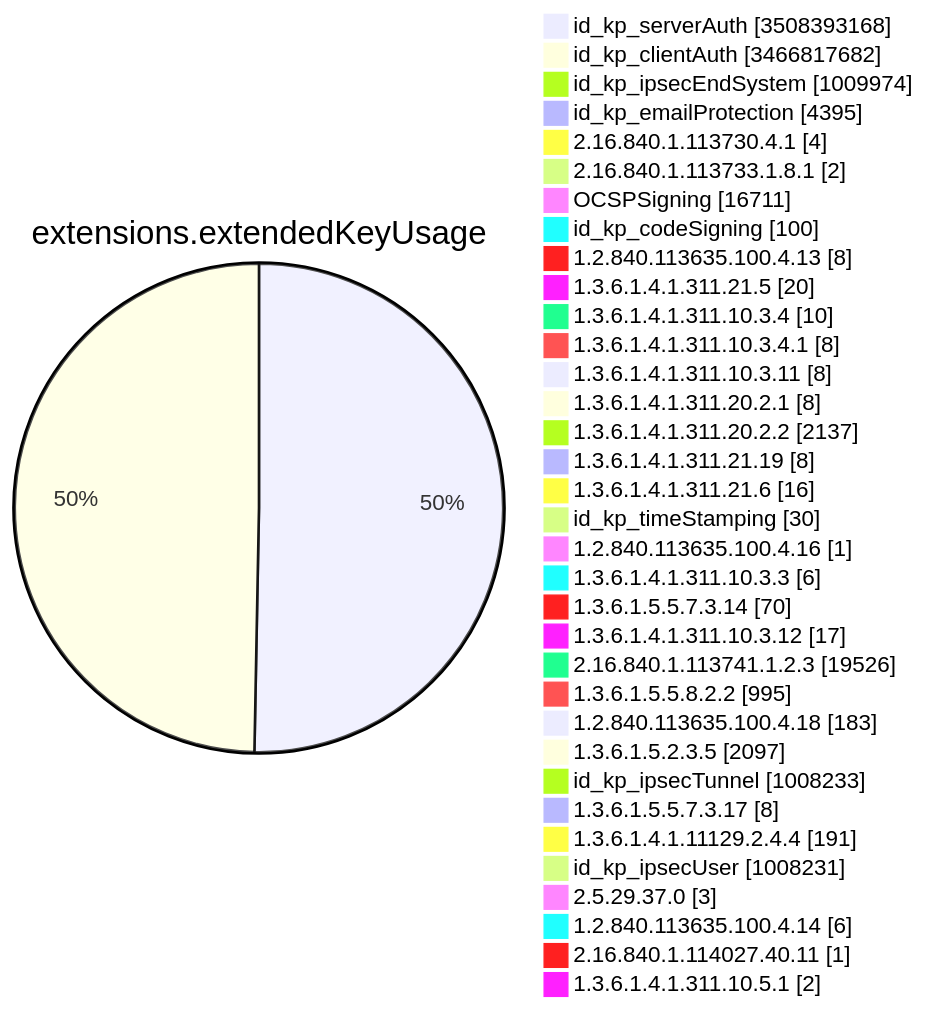
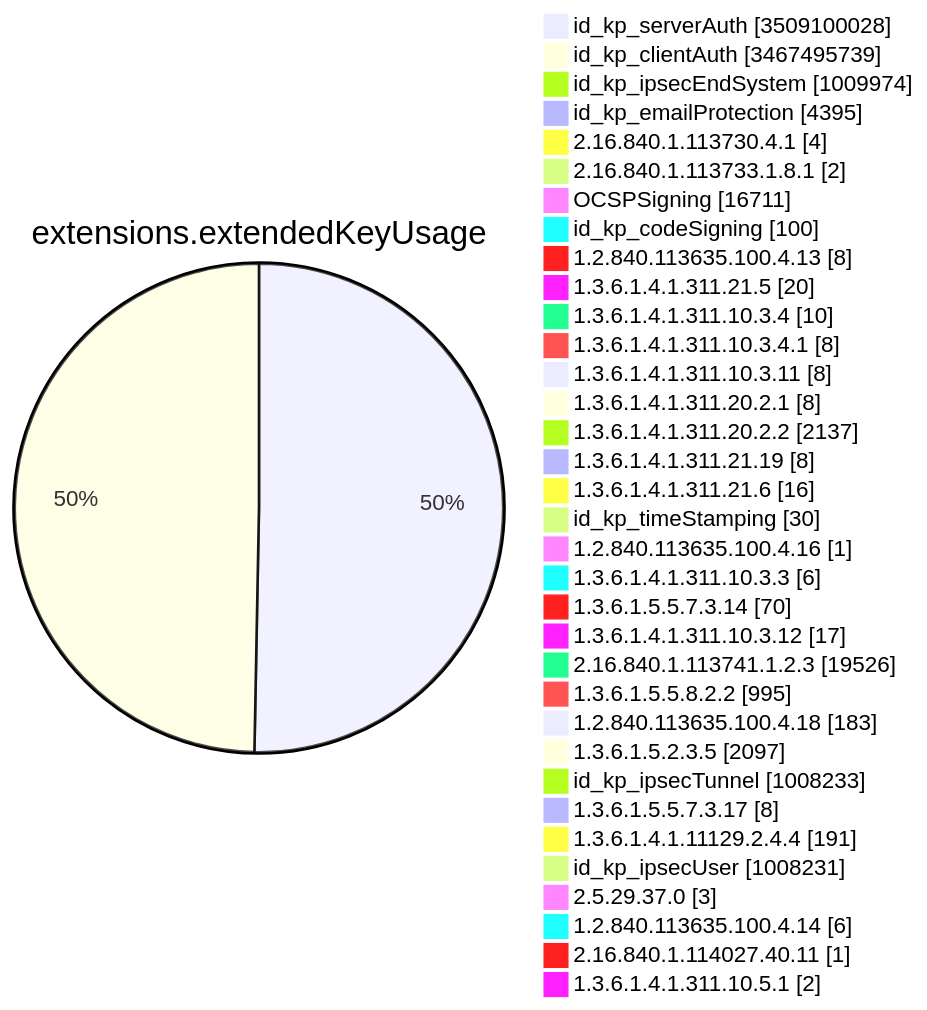
Before and after one commit to christiankrug/ctmonitor_visualization: diagram 11 of 15 in TOTAL/README.md, drawn with Mermaid. The commit also changed other lines of this file, not shown here.

````diff
--- a/TOTAL/README.md
+++ b/TOTAL/README.md
@@ -4126,38 +4126,38 @@
 ```mermaid
 pie showData
 title extensions.extendedKeyUsage
-"id_kp_serverAuth" :3508393168
-"id_kp_clientAuth" :3466817682
+"id_kp_serverAuth" :3509100028
+"id_kp_clientAuth" :3467495739
 "id_kp_ipsecEndSystem" :1009974
 "id_kp_emailProtection" :4395
 "2.16.840.1.113730.4.1" :4
 "2.16.840.1.113733.1.8.1" :2
 "OCSPSigning" :16711
 "id_kp_codeSigning" :100
 "1.2.840.113635.100.4.13" :8
 "1.3.6.1.4.1.311.21.5" :20
 "1.3.6.1.4.1.311.10.3.4" :10
 "1.3.6.1.4.1.311.10.3.4.1" :8
 "1.3.6.1.4.1.311.10.3.11" :8
 "1.3.6.1.4.1.311.20.2.1" :8
 "1.3.6.1.4.1.311.20.2.2" :2137
 "1.3.6.1.4.1.311.21.19" :8
 "1.3.6.1.4.1.311.21.6" :16
 "id_kp_timeStamping" :30
 "1.2.840.113635.100.4.16" :1
 "1.3.6.1.4.1.311.10.3.3" :6
 "1.3.6.1.5.5.7.3.14" :70
 "1.3.6.1.4.1.311.10.3.12" :17
 "2.16.840.1.113741.1.2.3" :19526
 "1.3.6.1.5.5.8.2.2" :995
 "1.2.840.113635.100.4.18" :183
 "1.3.6.1.5.2.3.5" :2097
 "id_kp_ipsecTunnel" :1008233
 "1.3.6.1.5.5.7.3.17" :8
 "1.3.6.1.4.1.11129.2.4.4" :191
 "id_kp_ipsecUser" :1008231
 "2.5.29.37.0" :3
 "1.2.840.113635.100.4.14" :6
 "2.16.840.1.114027.40.11" :1
 "1.3.6.1.4.1.311.10.5.1" :2
 ```
````
